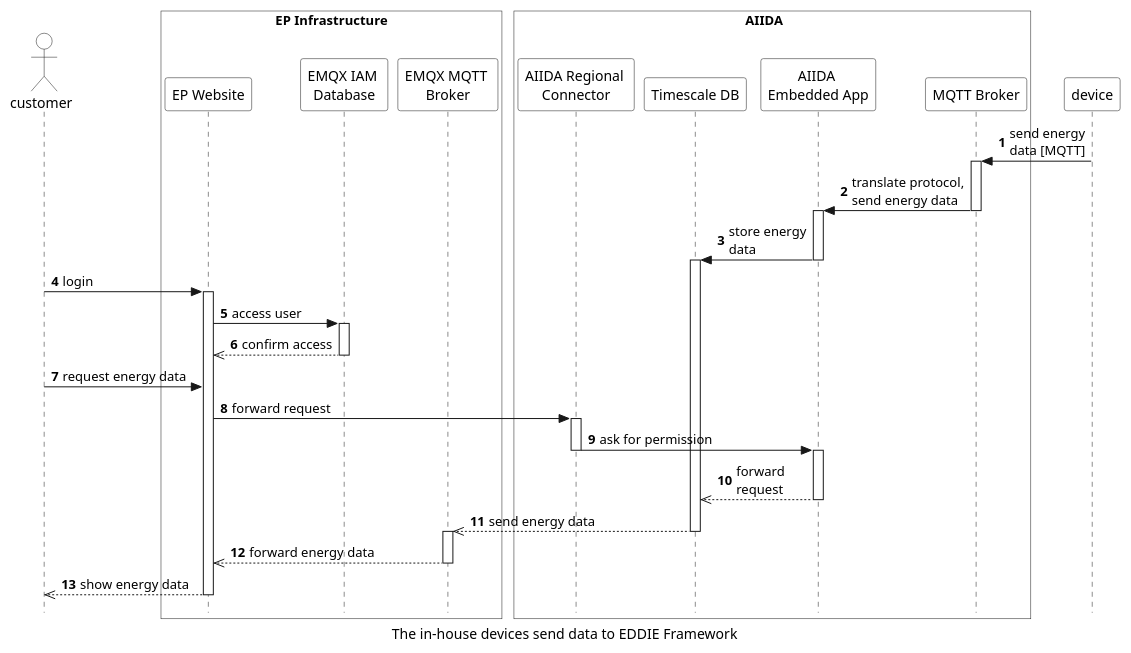
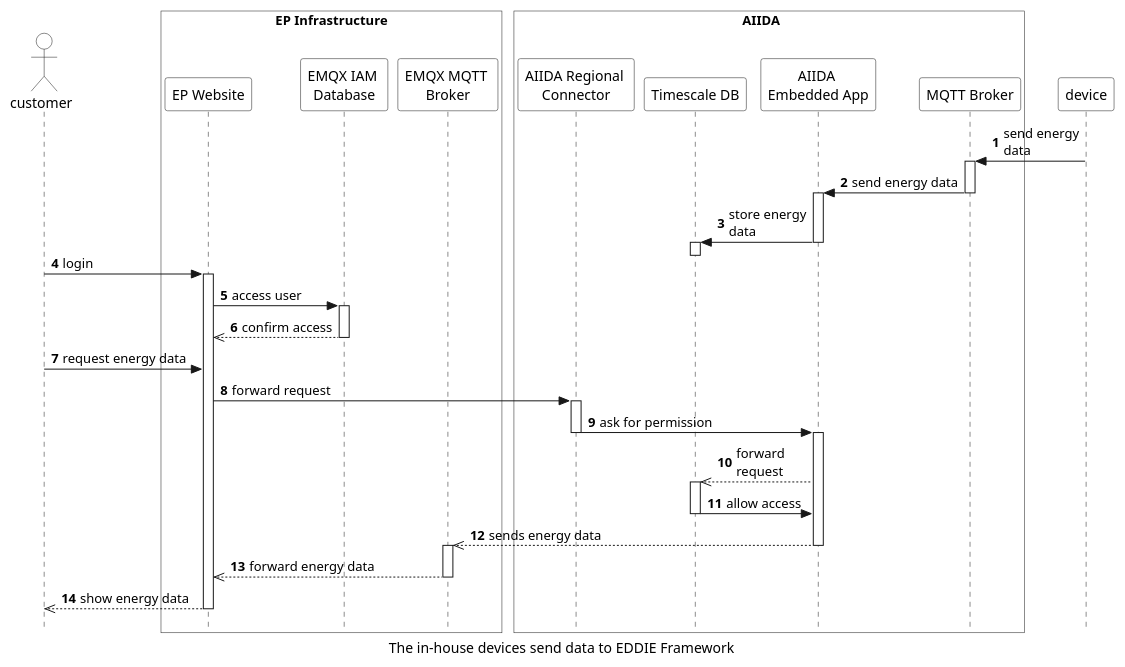
The diagram in arc42/aiida/runtime-view/figures/aiida_send_data.puml (eddie-energy/architecture), drawn with PlantUML before and after one commit. The commit also changed 10 other files, not shown here.

```diff
--- a/arc42/aiida/runtime-view/figures/aiida_send_data.puml
+++ b/arc42/aiida/runtime-view/figures/aiida_send_data.puml
@@ -1,73 +1,76 @@
 @startuml aiida_send_data
 'sequence diagram
 caption The in-house devices send data to EDDIE Framework
 
 skinparam style strictuml
 skinparam sequence {
   ParticipantBackgroundColor transparent
   ActorBackgroundColor transparent
 }
 
 autonumber
 !pragma teoz true
 actor customer
 
 box "Device" as device
 end box
 
 box "EP Infrastructure" #transparent
 
     participant "EP Website" as website
       participant "EMQX IAM \nDatabase" as database
     participant "EMQX MQTT \nBroker" as mqttbroker
 end box
     box "\tAIIDA\t\t"  #transparent
     participant "AIIDA Regional \nConnector" as connector
      participant "Timescale DB" as timescale
       participant "AIIDA \nEmbedded App"  as app
       participant "MQTT Broker" as broker
   end box
 
 
 
 
-device -> broker : send energy\ndata [MQTT]
+device -> broker : send energy\ndata
 activate broker
-broker -> app : translate protocol,\nsend energy data
+broker -> app : send energy data
 deactivate broker
 activate app
 app -> timescale : store energy\ndata
 activate timescale
 deactivate app
-
+deactivate timescale
 customer -> website : login
 activate website
 website -> database : access user 
 activate database
 database -->> website : confirm access 
 deactivate database
 
 
 customer -> website : request energy data
 website -> connector : forward request
 
 activate connector
 connector -> app: ask for permission
 deactivate connector
 activate app 
 app -->> timescale : forward\nrequest
+activate timescale
+timescale -> app : allow access
+deactivate timescale
+app -->> mqttbroker  :sends energy data
 deactivate app
 
 deactivate connector
-timescale -->>  mqttbroker  :send energy data
 activate mqttbroker
 deactivate timescale
 mqttbroker -->> website : forward energy data
 deactivate mqttbroker
 deactivate database
 website -->> customer : show energy data
 deactivate website
 
 
 
 @enduml
```
